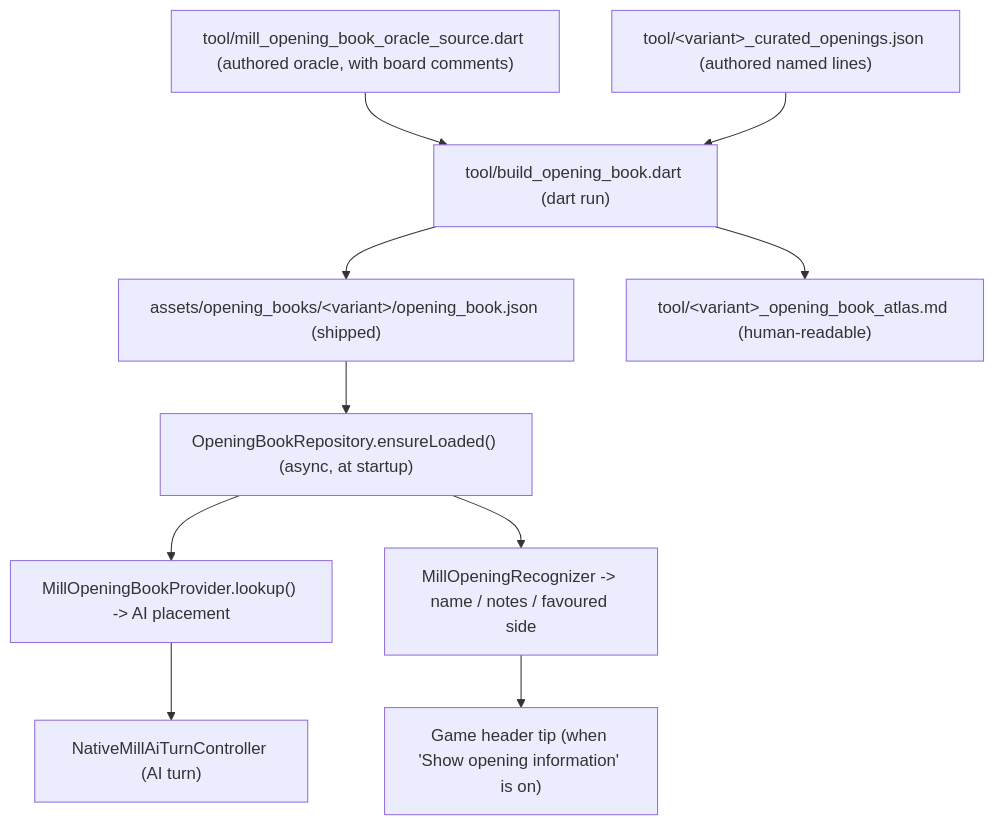
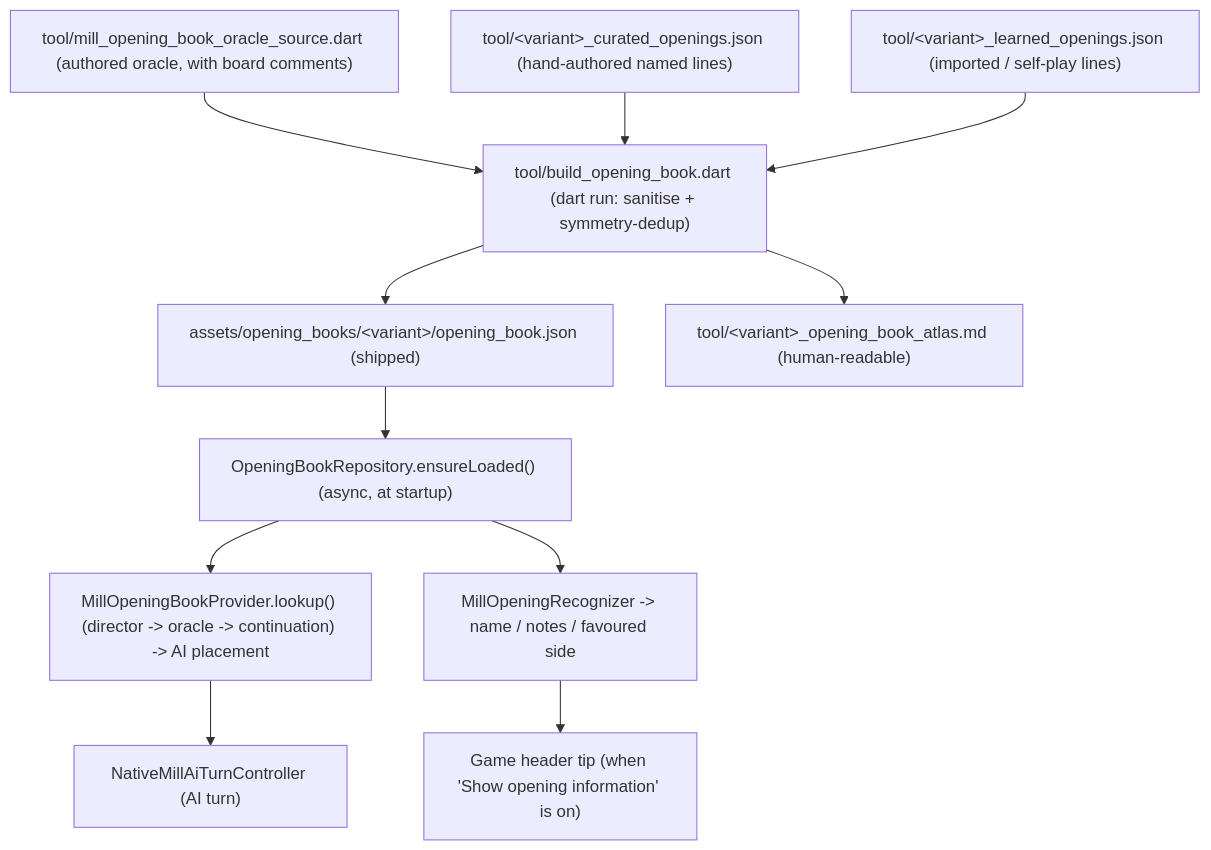
The diagram in docs/OPENING_BOOK.md (calcitem/Sanmill), drawn with Mermaid before and after one commit. The commit also changed other lines of this file and 7 other files, not shown here.

````diff
--- a/docs/OPENING_BOOK.md
+++ b/docs/OPENING_BOOK.md
@@ -38,12 +42,13 @@
 ```mermaid
 flowchart TD
   OracleSrc["tool/mill_opening_book_oracle_source.dart (authored oracle, with board comments)"] --> Build
-  Curated["tool/&lt;variant&gt;_curated_openings.json (authored named lines)"] --> Build
-  Build["tool/build_opening_book.dart (dart run)"] --> Json["assets/opening_books/&lt;variant&gt;/opening_book.json (shipped)"]
+  Curated["tool/&lt;variant&gt;_curated_openings.json (hand-authored named lines)"] --> Build
+  Learned["tool/&lt;variant&gt;_learned_openings.json (imported / self-play lines)"] --> Build
+  Build["tool/build_opening_book.dart (dart run: sanitise + symmetry-dedup)"] --> Json["assets/opening_books/&lt;variant&gt;/opening_book.json (shipped)"]
   Build --> Atlas["tool/&lt;variant&gt;_opening_book_atlas.md (human-readable)"]
   Json --> Repo["OpeningBookRepository.ensureLoaded() (async, at startup)"]
-  Repo --> Provider["MillOpeningBookProvider.lookup() -> AI placement"]
+  Repo --> Provider["MillOpeningBookProvider.lookup() (director -> oracle -> continuation) -> AI placement"]
   Repo --> Recognizer["MillOpeningRecognizer -> name / notes / favoured side"]
   Provider --> AiTurn["NativeMillAiTurnController (AI turn)"]
   Recognizer --> Header["Game header tip (when 'Show opening information' is on)"]
 ```
````
